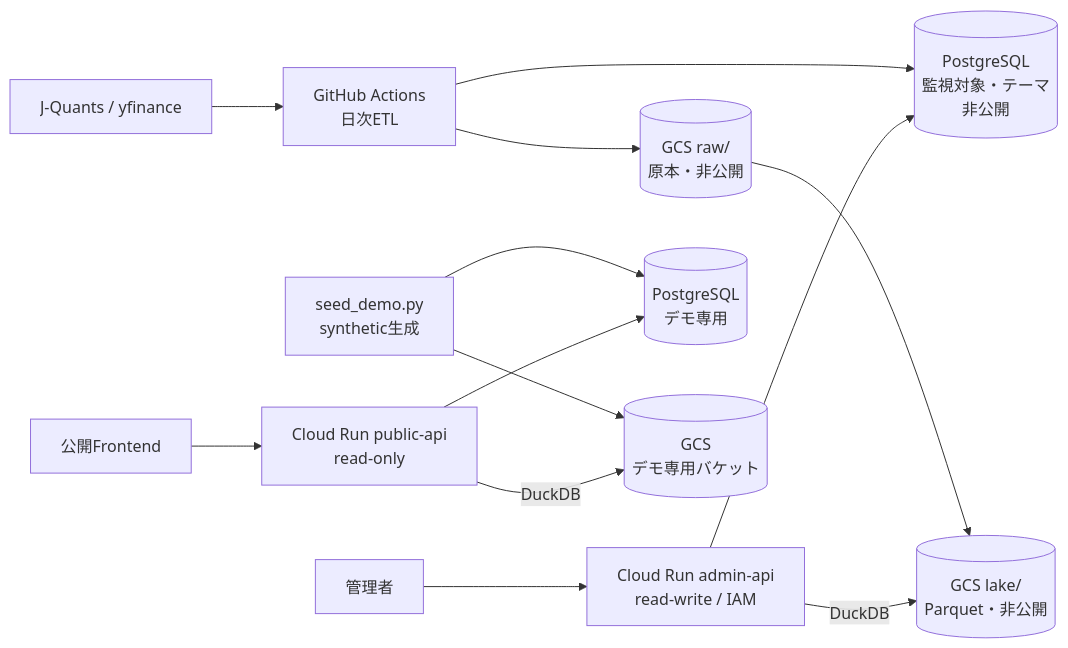
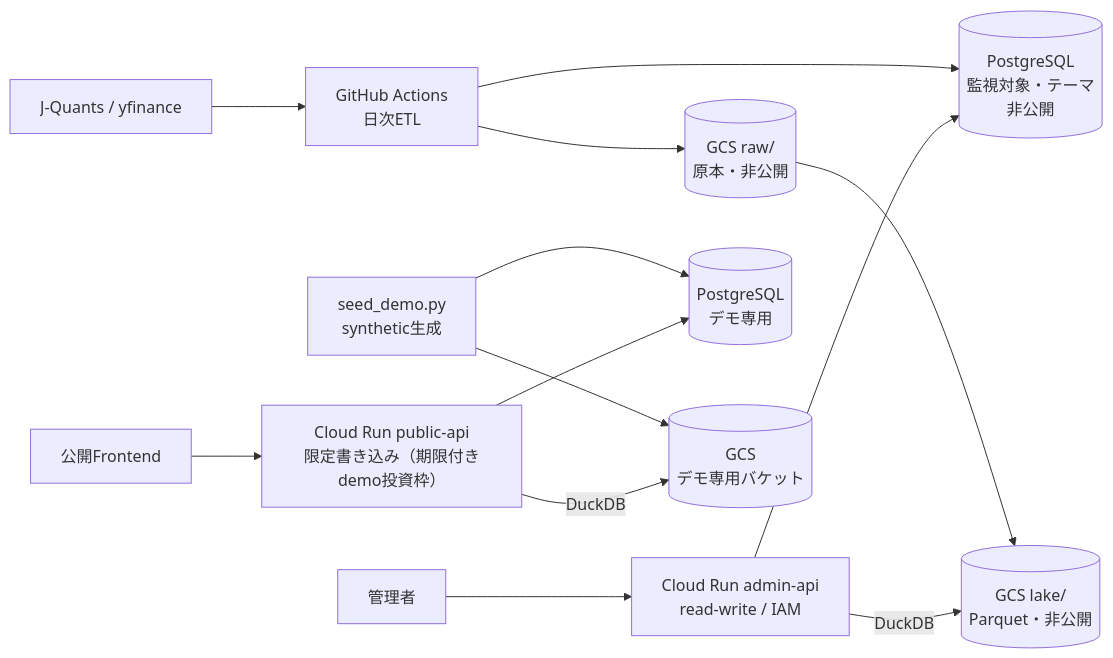
The diagram in README.md (3110mmn/invest-monitoring-platform), drawn with Mermaid before and after one commit. The commit also changed other lines of this file and 105 other files, not shown here.

````diff
--- a/README.md
+++ b/README.md
@@ -103,15 +122,15 @@
 ```mermaid
 flowchart LR
     Sources["J-Quants / yfinance"] --> Actions["GitHub Actions<br/>日次ETL"]
     Actions --> Raw[("GCS raw/<br/>原本・非公開")]
     Raw --> Lake[("GCS lake/<br/>Parquet・非公開")]
     Actions --> DB[("PostgreSQL<br/>監視対象・テーマ<br/>非公開")]
     Admin["管理者"] --> AdminAPI["Cloud Run admin-api<br/>read-write / IAM"]
     AdminAPI --> DB
     AdminAPI -->|"DuckDB"| Lake
     Seed["seed_demo.py<br/>synthetic生成"] --> DemoDB[("PostgreSQL<br/>デモ専用")]
     Seed --> DemoLake[("GCS<br/>デモ専用バケット")]
-    Public["公開Frontend"] --> PublicAPI["Cloud Run public-api<br/>read-only"]
+    Public["公開Frontend"] --> PublicAPI["Cloud Run public-api<br/>限定書き込み（期限付きdemo投資枠）"]
     PublicAPI --> DemoDB
     PublicAPI -->|"DuckDB"| DemoLake
 ```
````
